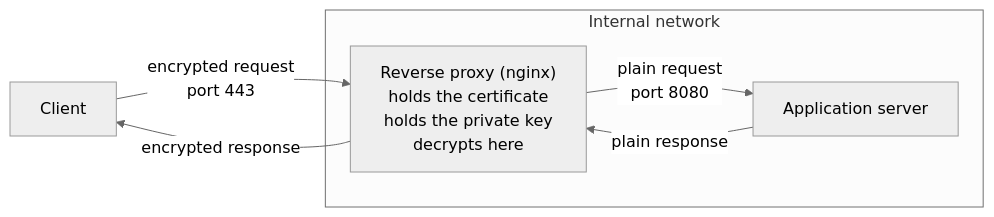
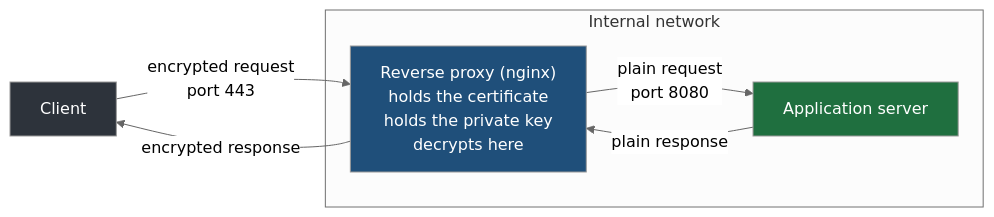
The second of 3 diagrams in Devops/04-Networking/13-Certificate-Management.md (Dummy-Bug/system-design-handbook), drawn with Mermaid (neutral theme) before and after one commit. The commit also changed other lines of this file and 53 other files, not shown here.

````diff
--- a/Devops/04-Networking/13-Certificate-Management.md
+++ b/Devops/04-Networking/13-Certificate-Management.md
@@ -66,9 +70,12 @@
 ```mermaid
 flowchart LR
     C["Client"] -->|"encrypted request<br/>port 443"| RP["Reverse proxy (nginx)<br/>holds the certificate<br/>holds the private key<br/>decrypts here"]
     subgraph INTERNAL["Internal network"]
         RP -->|"plain request<br/>port 8080"| APP["Application server"]
         APP -->|"plain response"| RP
     end
     RP -->|"encrypted response"| C
+    style C fill:#2d333b,color:#fff
+    style RP fill:#1f4f7a,color:#fff
+    style APP fill:#1f6f3f,color:#fff
 ```
````
